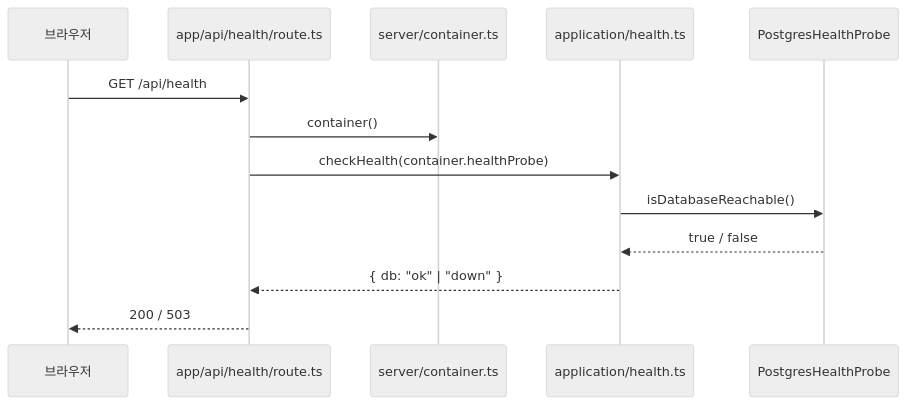
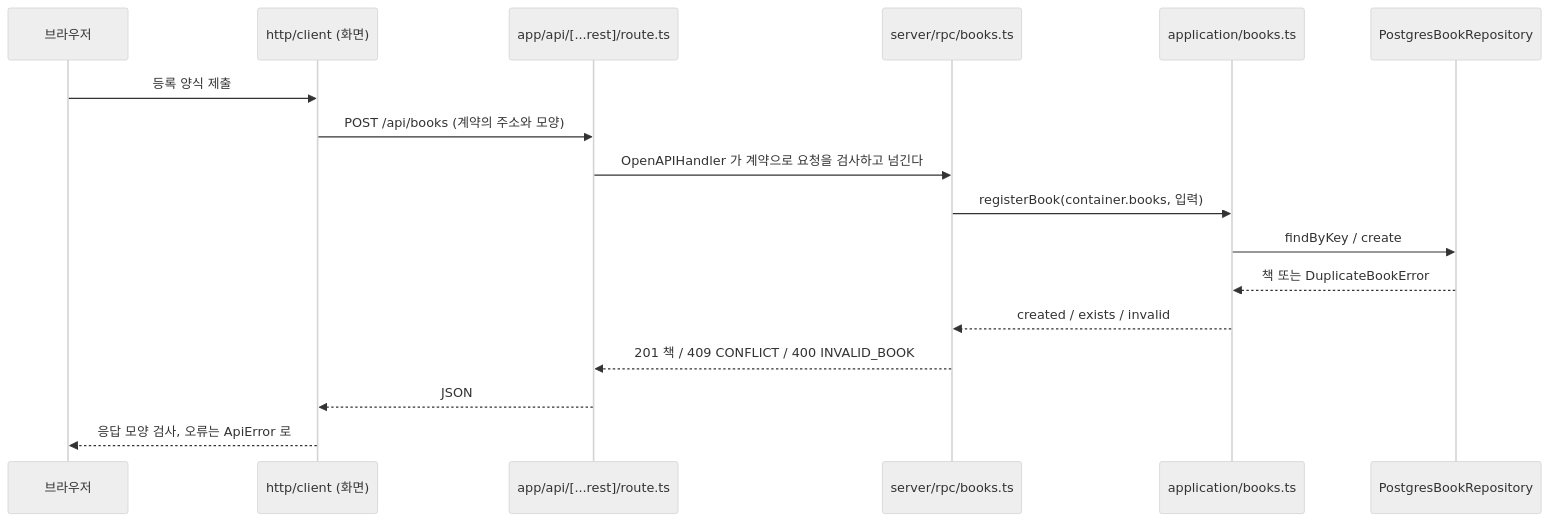
One commit to Changsik00/inkle changed the third of 5 diagrams in docs/architecture.md. Above: the diagram before and after it, drawn with Mermaid (neutral theme). The commit also changed other lines of this file and 3 other files, not shown here.

Commit message:
docs(spec-01-04): update readme and architecture for books

````diff
--- a/docs/architecture.md
+++ b/docs/architecture.md
@@ -76,15 +77,19 @@
 ```mermaid
 sequenceDiagram
     participant B as 브라우저
-    participant R as app/api/health/route.ts
-    participant C as server/container.ts
-    participant U as application/health.ts
-    participant P as PostgresHealthProbe
-    B->>R: GET /api/health
-    R->>C: container()
-    R->>U: checkHealth(container.healthProbe)
-    U->>P: isDatabaseReachable()
-    P-->>U: true / false
-    U-->>R: { db: "ok" | "down" }
-    R-->>B: 200 / 503
+    participant K as http/client (화면)
+    participant R as app/api/[...rest]/route.ts
+    participant S as server/rpc/books.ts
+    participant U as application/books.ts
+    participant P as PostgresBookRepository
+    B->>K: 등록 양식 제출
+    K->>R: POST /api/books (계약의 주소와 모양)
+    R->>S: OpenAPIHandler 가 계약으로 요청을 검사하고 넘긴다
+    S->>U: registerBook(container.books, 입력)
+    U->>P: findByKey / create
+    P-->>U: 책 또는 DuplicateBookError
+    U-->>S: created / exists / invalid
+    S-->>R: 201 책 / 409 CONFLICT / 400 INVALID_BOOK
+    R-->>K: JSON
+    K-->>B: 응답 모양 검사, 오류는 ApiError 로
 ```
````
